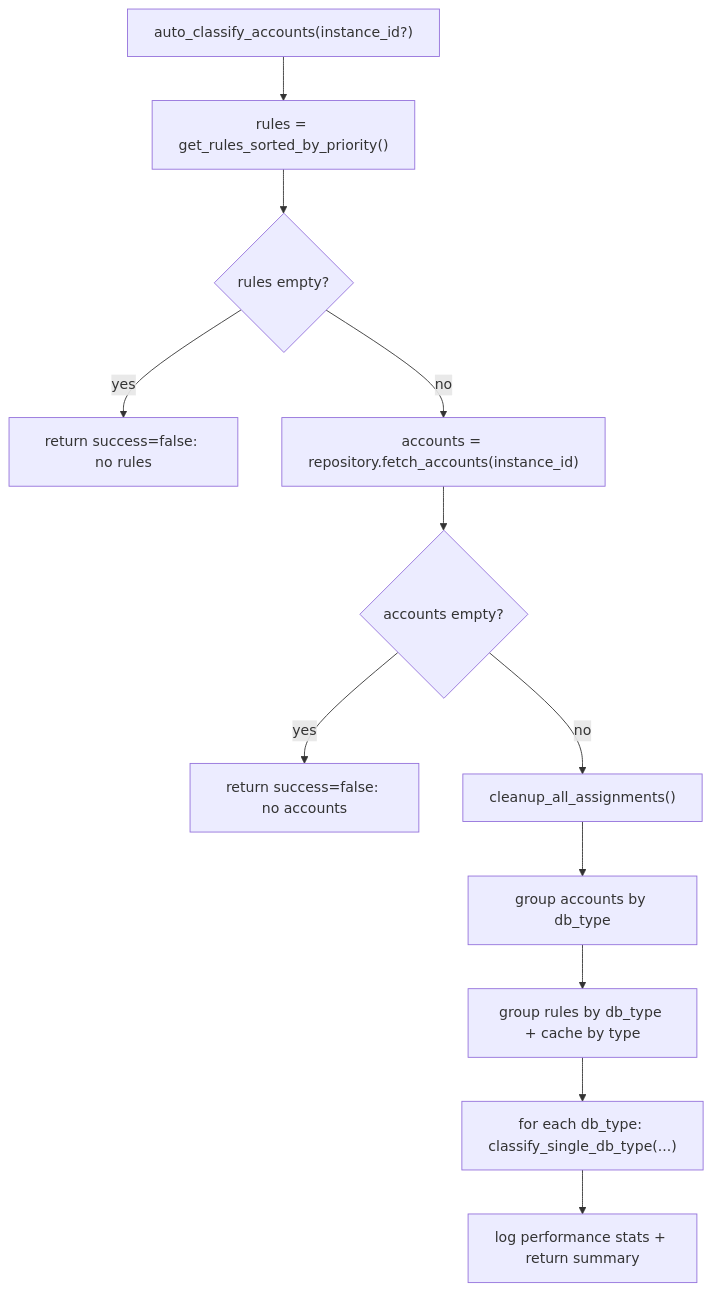
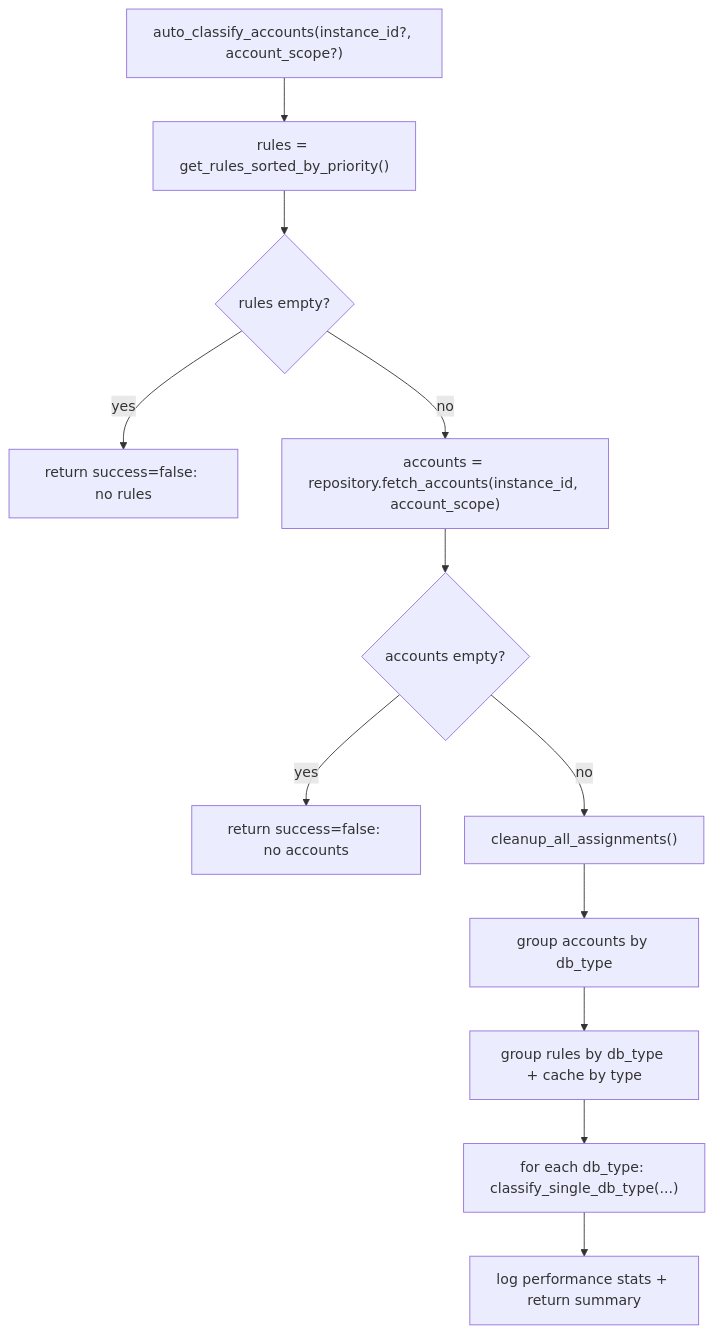
The first of 2 diagrams in docs/Obsidian/reference/service/account-classification-orchestrator.md (nyealovey/WhaleFall), drawn with Mermaid before and after one commit. The commit also changed other lines of this file and 27 other files, not shown here.

````diff
--- a/docs/Obsidian/reference/service/account-classification-orchestrator.md
+++ b/docs/Obsidian/reference/service/account-classification-orchestrator.md
@@ -69,14 +69,14 @@
 ```mermaid
 flowchart TB
-    A["auto_classify_accounts(instance_id?)"] --> B["rules = get_rules_sorted_by_priority()"]
+    A["auto_classify_accounts(instance_id?, account_scope?)"] --> B["rules = get_rules_sorted_by_priority()"]
     B --> C{"rules empty?"}
     C -- yes --> C1["return success=false: no rules"]
-    C -- no --> D["accounts = repository.fetch_accounts(instance_id)"]
+    C -- no --> D["accounts = repository.fetch_accounts(instance_id, account_scope)"]
     D --> E{"accounts empty?"}
     E -- yes --> E1["return success=false: no accounts"]
     E -- no --> F["cleanup_all_assignments()"]
     F --> G["group accounts by db_type"]
     G --> H["group rules by db_type + cache by type"]
     H --> I["for each db_type: classify_single_db_type(...)"]
     I --> J["log performance stats + return summary"]
 ```
````
